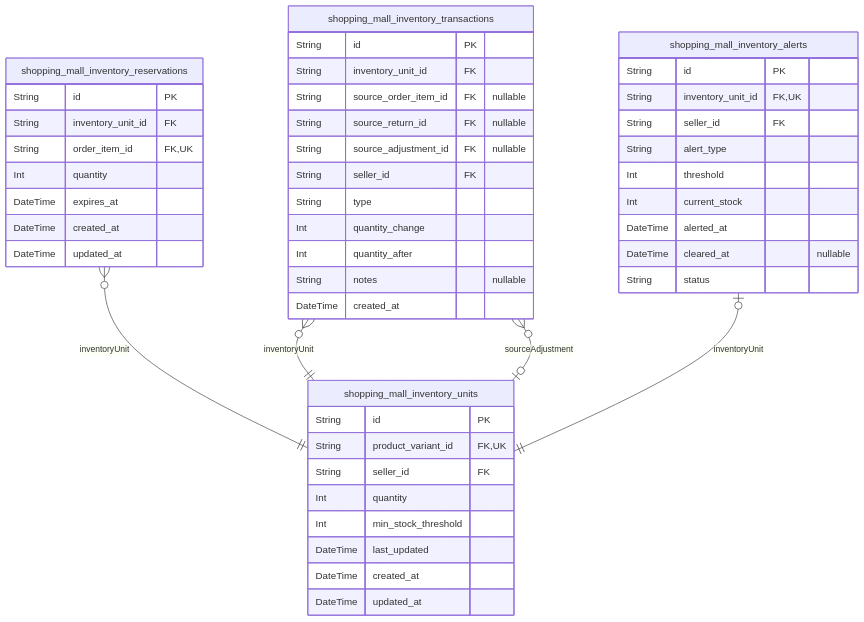
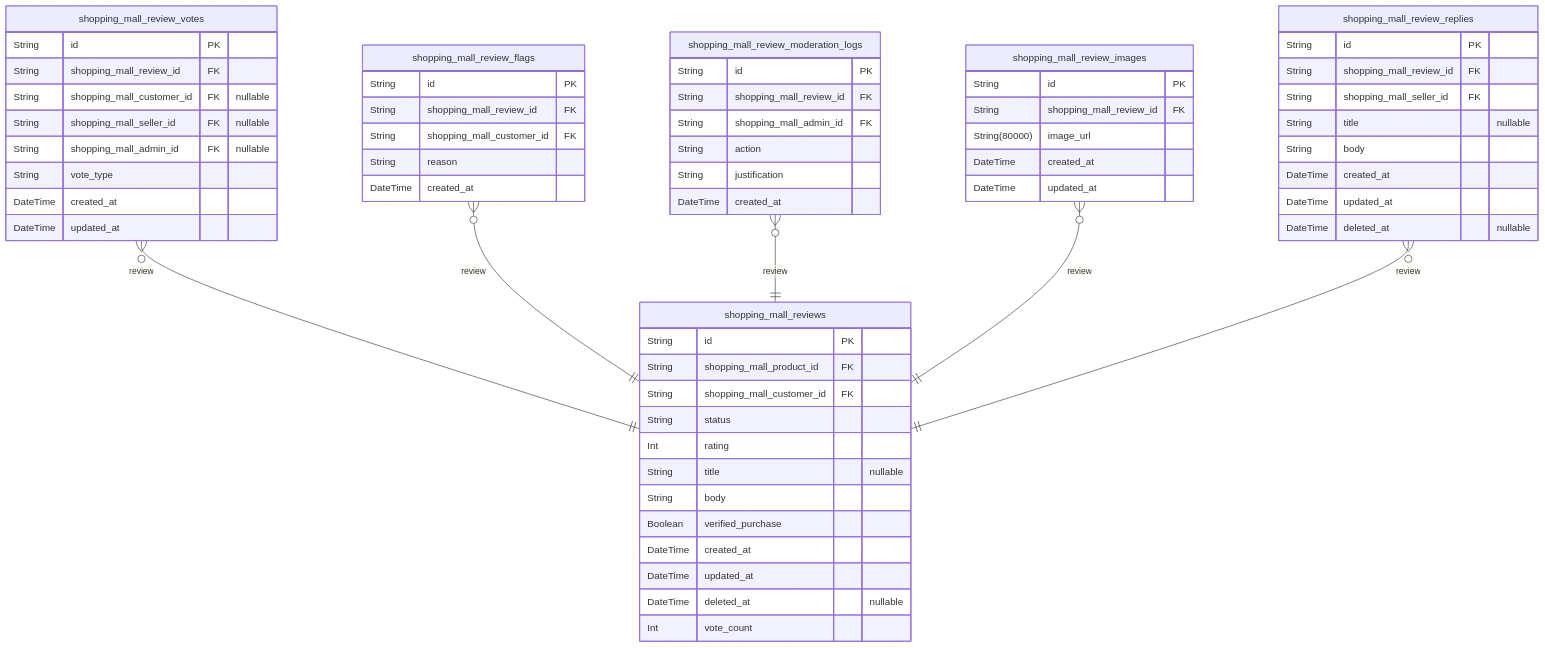
Before and after one commit to wrtnlabs/autobe-examples: the ninth of 11 diagrams in qwen/qwen3-next-80b-a3b-instruct/shopping/docs/ERD.md, drawn with Mermaid. The commit also changed other lines of this file and 6988 other files, not shown here.

````diff
--- a/qwen/qwen3-next-80b-a3b-instruct/shopping/docs/ERD.md
+++ b/qwen/qwen3-next-80b-a3b-instruct/shopping/docs/ERD.md
@@ -1564,50 +4039,64 @@
 ```mermaid
 erDiagram
-"shopping_mall_inventory_units" {
+"shopping_mall_reviews" {
   String id PK
-  String product_variant_id FK,UK
-  String seller_id FK
-  Int quantity
-  Int min_stock_threshold
-  DateTime last_updated
+  String shopping_mall_product_id FK
+  String shopping_mall_customer_id FK
+  String status
+  Int rating
+  String title "nullable"
+  String body
+  Boolean verified_purchase
+  DateTime created_at
+  DateTime updated_at
+  DateTime deleted_at "nullable"
+  Int vote_count
+}
+"shopping_mall_review_votes" {
+  String id PK
+  String shopping_mall_review_id FK
+  String shopping_mall_customer_id FK "nullable"
+  String shopping_mall_seller_id FK "nullable"
+  String shopping_mall_admin_id FK "nullable"
+  String vote_type
   DateTime created_at
   DateTime updated_at
 }
-"shopping_mall_inventory_reservations" {
+"shopping_mall_review_flags" {
   String id PK
-  String inventory_unit_id FK
-  String order_item_id FK,UK
-  Int quantity
-  DateTime expires_at
+  String shopping_mall_review_id FK
+  String shopping_mall_customer_id FK
+  String reason
+  DateTime created_at
+}
+"shopping_mall_review_moderation_logs" {
+  String id PK
+  String shopping_mall_review_id FK
+  String shopping_mall_admin_id FK
+  String action
+  String justification
+  DateTime created_at
+}
+"shopping_mall_review_images" {
+  String id PK
+  String shopping_mall_review_id FK
+  String(80000) image_url
   DateTime created_at
   DateTime updated_at
 }
-"shopping_mall_inventory_transactions" {
+"shopping_mall_review_replies" {
   String id PK
-  String inventory_unit_id FK
-  String source_order_item_id FK "nullable"
-  String source_return_id FK "nullable"
-  String source_adjustment_id FK "nullable"
-  String seller_id FK
-  String type
-  Int quantity_change
-  Int quantity_after
-  String notes "nullable"
+  String shopping_mall_review_id FK
+  String shopping_mall_seller_id FK
+  String title "nullable"
+  String body
   DateTime created_at
+  DateTime updated_at
+  DateTime deleted_at "nullable"
 }
-"shopping_mall_inventory_alerts" {
-  String id PK
-  String inventory_unit_id FK,UK
-  String seller_id FK
-  String alert_type
-  Int threshold
-  Int current_stock
-  DateTime alerted_at
-  DateTime cleared_at "nullable"
-  String status
-}
-"shopping_mall_inventory_reservations" }o--|| "shopping_mall_inventory_units" : inventoryUnit
-"shopping_mall_inventory_transactions" }o--|| "shopping_mall_inventory_units" : inventoryUnit
-"shopping_mall_inventory_transactions" }o--o| "shopping_mall_inventory_units" : sourceAdjustment
-"shopping_mall_inventory_alerts" |o--|| "shopping_mall_inventory_units" : inventoryUnit
+"shopping_mall_review_votes" }o--|| "shopping_mall_reviews" : review
+"shopping_mall_review_flags" }o--|| "shopping_mall_reviews" : review
+"shopping_mall_review_moderation_logs" }o--|| "shopping_mall_reviews" : review
+"shopping_mall_review_images" }o--|| "shopping_mall_reviews" : review
+"shopping_mall_review_replies" }o--|| "shopping_mall_reviews" : review
 ```
````
